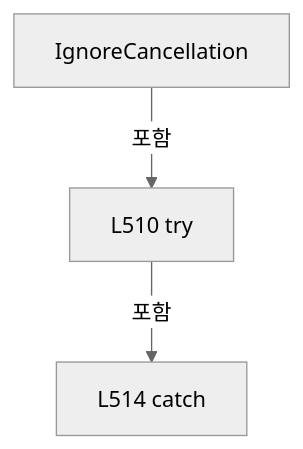
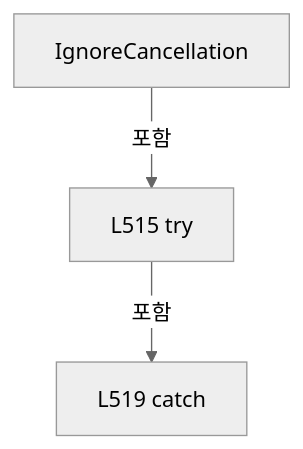
Diagram 19 of 40 in A3 LD Code Ref/files/Drilling.Common/Interface/Vision/CVisionComm.cs.md (kjuws10-rgb/Shared), drawn with Mermaid (neutral theme) before and after one commit. The commit also changed other lines of this file and 2071 other files, not shown here.

Commit message:
docs(a3): update 11.19.0 architecture and code reference

````diff
--- a/A3 LD Code Ref/files/Drilling.Common/Interface/Vision/CVisionComm.cs.md
+++ b/A3 LD Code Ref/files/Drilling.Common/Interface/Vision/CVisionComm.cs.md
@@ -2196,8 +2196,8 @@
 ```mermaid
 flowchart TD
  M["IgnoreCancellation"]
- N0["L510 try"]
+ N0["L515 try"]
  M -->|포함| N0
- N1["L514 catch"]
+ N1["L519 catch"]
  N0 -->|포함| N1
 ```
````
